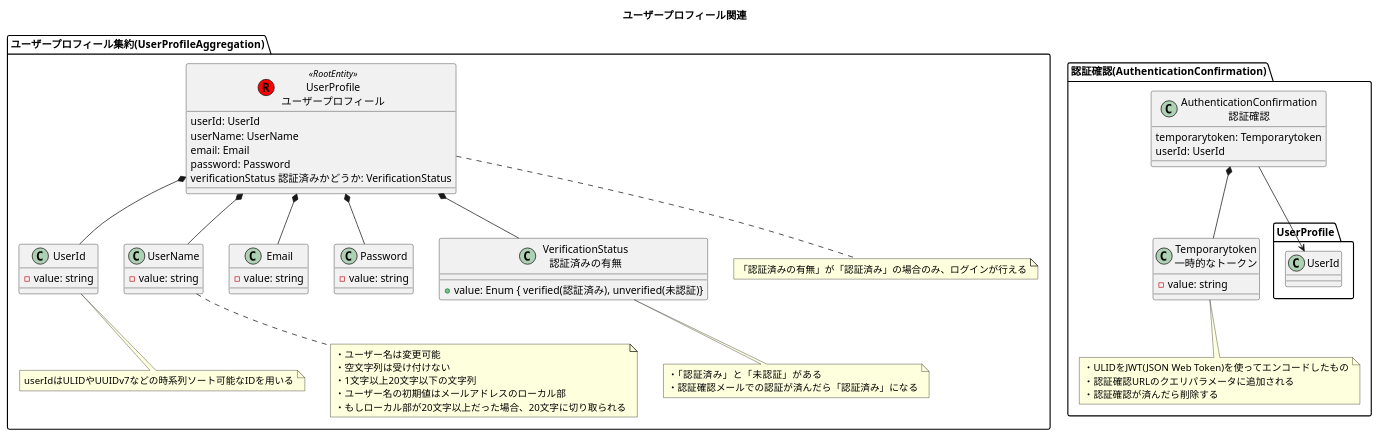
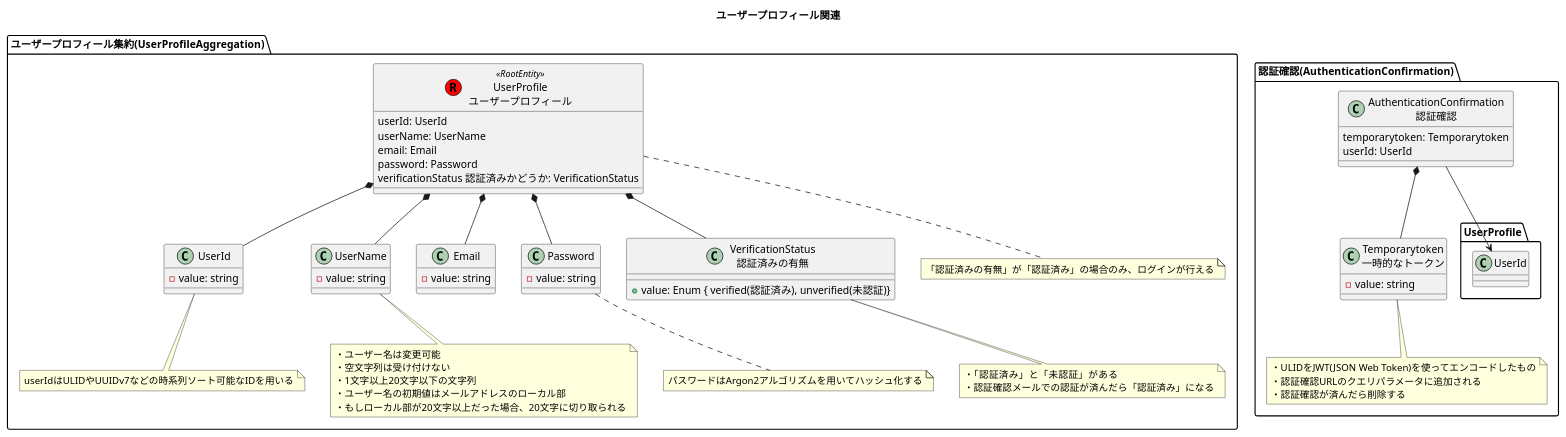
Before and after one commit to h-maki2/identityAccess: the diagram in modelingDiagram/domainModelDiagram/ユーザープロフィール関連.pu, drawn with PlantUML. The commit also changed 2 other files, not shown here.

```diff
--- a/modelingDiagram/domainModelDiagram/ユーザープロフィール関連.pu
+++ b/modelingDiagram/domainModelDiagram/ユーザープロフィール関連.pu
@@ -1,82 +1,86 @@
 @startuml ユーザープロフィール関連
 
 title ユーザープロフィール関連
 
 package "ユーザープロフィール集約(UserProfileAggregation)" {
     class "UserProfile\nユーザープロフィール" as UserProfile << (R,red) RootEntity >> {
         userId: UserId
         userName: UserName
         email: Email
         password: Password
         verificationStatus 認証済みかどうか: VerificationStatus
     }
 
     class UserId {
         - value: string
     }
 
     class UserName {
         - value: string
     }
 
     class Email {
         - value: string
     }
 
     class Password {
         - value: string
     }
 
     class "VerificationStatus\n認証済みの有無" as VerificationStatus {
         + value: Enum { verified(認証済み), unverified(未認証)}
     }
 
     note bottom of UserProfile
         「認証済みの有無」が「認証済み」の場合のみ、ログインが行える
     end note
 
     note bottom of UserId
         userIdはULIDやUUIDv7などの時系列ソート可能なIDを用いる
     end note
 
     note bottom of UserName
         ・ユーザー名は変更可能
         ・空文字列は受け付けない
         ・1文字以上20文字以下の文字列
         ・ユーザー名の初期値はメールアドレスのローカル部
         ・もしローカル部が20文字以上だった場合、20文字に切り取られる
     end note
 
     note bottom of VerificationStatus
         ・「認証済み」と「未認証」がある
         ・認証確認メールでの認証が済んだら「認証済み」になる
     end note
 
+    note bottom of Password
+        パスワードはArgon2アルゴリズムを用いてハッシュ化する
+    end note
+
     UserProfile *-down- UserId
     UserProfile *-down- UserName
     UserProfile *-down- Email
     UserProfile *-down- Password
     UserProfile *-down- VerificationStatus
 }
 
 package "認証確認(AuthenticationConfirmation)" {
     class "AuthenticationConfirmation\n認証確認" as AuthenticationConfirmation {
         temporarytoken: Temporarytoken
         userId: UserId
     }
 
     class "Temporarytoken\n一時的なトークン" as Temporarytoken {
         - value: string
     }
 
     note bottom of Temporarytoken
         ・ULIDをJWT(JSON Web Token)を使ってエンコードしたもの
         ・認証確認URLのクエリパラメータに追加される
         ・認証確認が済んだら削除する
     end note
 
     AuthenticationConfirmation *-down- Temporarytoken
     AuthenticationConfirmation -down-> UserProfile.UserId
 }
 
 @enduml
```
